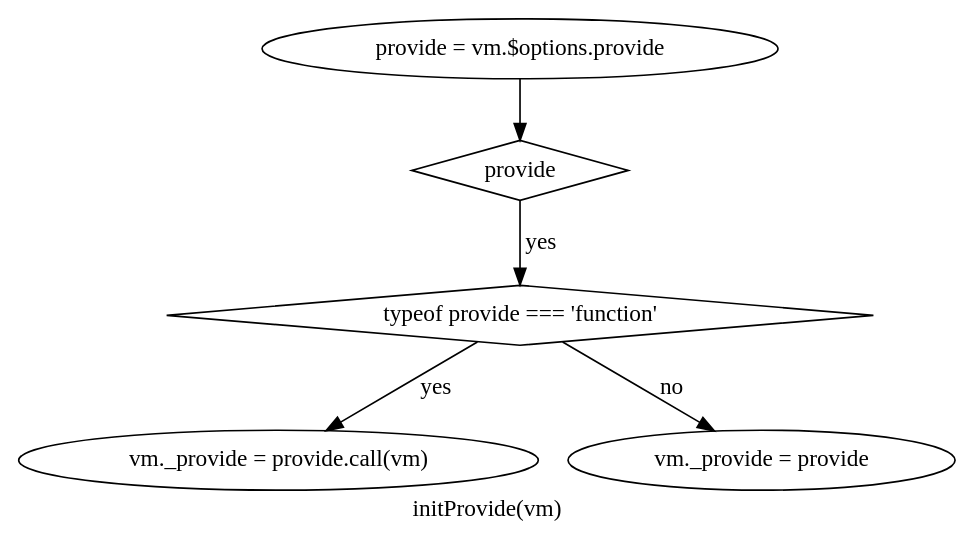
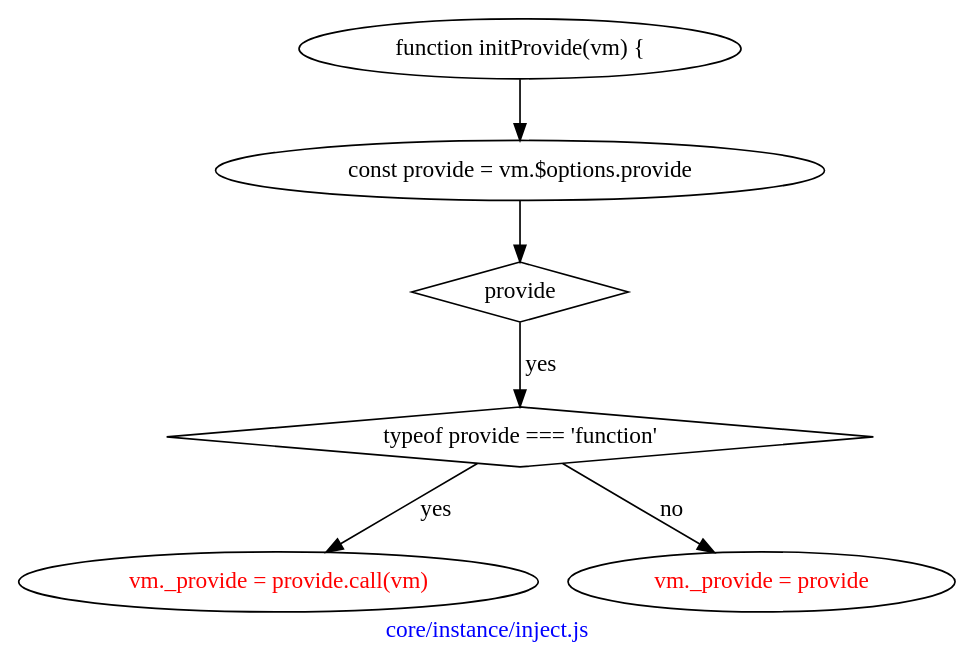
Before and after one commit to ltaoo/vueSourceAnalysis: the diagram in initProvide.gv, drawn with Graphviz. The commit also changed 10 other files, not shown here.

```diff
--- a/initProvide.gv
+++ b/initProvide.gv
@@ -1,30 +1,36 @@
 digraph G {
-    label="initProvide(vm)"
-
-    getProvide [
-        label="provide = vm.$options.provide"
+    graph [
+        label="core/instance/inject.js"
+        fontcolor=blue
+    ]
+    start [
+        label="function initProvide(vm) {"
     ]
 
+    varProvide [
+        label="const provide = vm.$options.provide"
+    ]
+    start -> varProvide
     provideExist [
         label="provide"
         shape=diamond
     ]
-    getProvide -> provideExist
-
+    varProvide -> provideExist
     provideIsFn [
         label="typeof provide === 'function'"
         shape=diamond
     ]
-
     provideExist -> provideIsFn [label="yes"]
 
     setProvide0 [
         label="vm._provide = provide.call(vm)"
+        fontcolor=red
     ]
     setProvide1 [
         label="vm._provide = provide"
+        fontcolor=red
     ]
 
     provideIsFn -> setProvide0 [label="yes"]
     provideIsFn -> setProvide1 [label="no"]
 }
```
